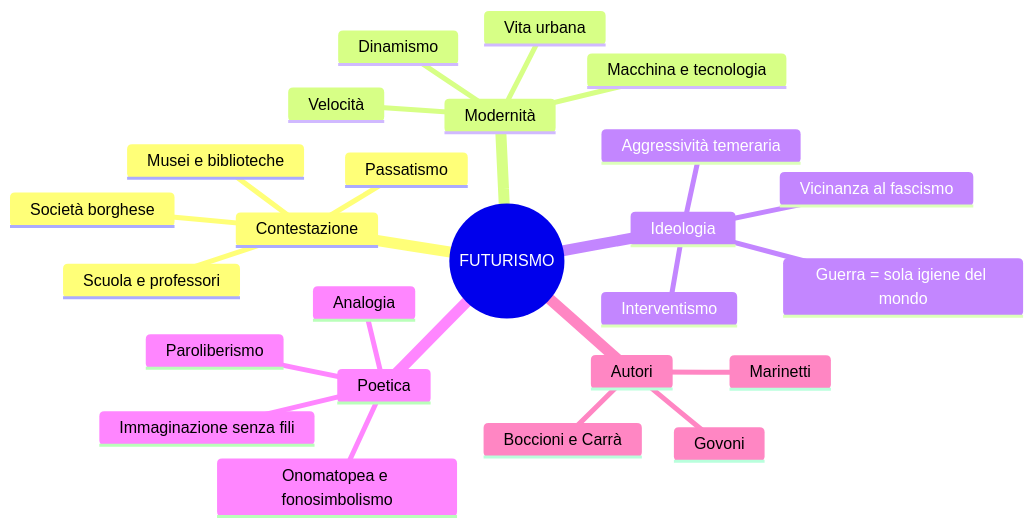
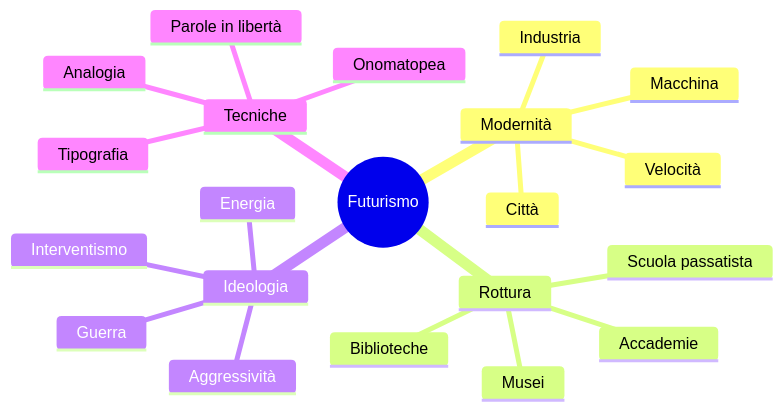
One commit to riccardo-algorime/appunti-5Bsa changed the first of 3 diagrams in italiano/futurismo/riassunto.md. Above: the diagram before and after it, drawn with Mermaid. The commit also changed other lines of this file and 6 other files, not shown here.

````diff
--- a/italiano/futurismo/riassunto.md
+++ b/italiano/futurismo/riassunto.md
@@ -62,28 +50,24 @@
 ```mermaid
 mindmap
-  root((FUTURISMO))
-    Contestazione
-      Società borghese
-      Passatismo
-      Musei e biblioteche
-      Scuola e professori
+  root((Futurismo))
     Modernità
+      Macchina
+      Città
+      Industria
       Velocità
-      Dinamismo
-      Macchina e tecnologia
-      Vita urbana
+    Rottura
+      Musei
+      Biblioteche
+      Accademie
+      Scuola passatista
     Ideologia
-      Guerra = sola igiene del mondo
+      Guerra
       Interventismo
-      Vicinanza al fascismo
-      Aggressività temeraria
-    Poetica
-      Paroliberismo
-      Immaginazione senza fili
+      Aggressività
+      Energia
+    Tecniche
+      Parole in libertà
+      Onomatopea
+      Tipografia
       Analogia
-      Onomatopea e fonosimbolismo
-    Autori
-      Marinetti
-      Govoni
-      Boccioni e Carrà
 ```
````
